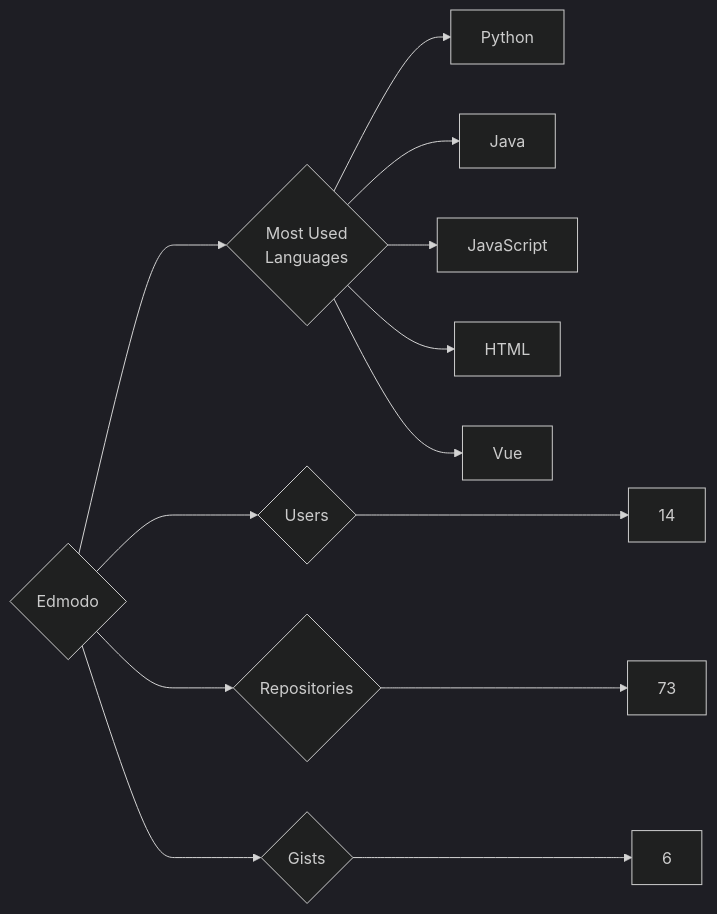
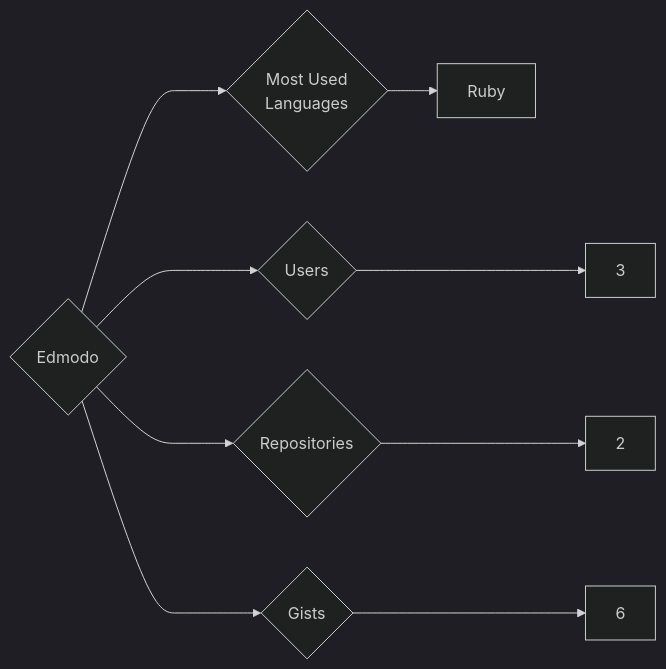
One commit to trickest/insiders changed the diagram in targets/Edmodo/README.md. Above: the diagram before and after it, drawn with Mermaid (dark theme). The commit also changed 953 other files, not shown here.

````diff
--- a/targets/Edmodo/README.md
+++ b/targets/Edmodo/README.md
@@ -3,13 +3,9 @@
 ```mermaid
 graph LR
 COMPANY_NAME{Edmodo}
-COMPANY_NAME ---> U{Users} ---> UN[14]
-COMPANY_NAME ---> R{Repositories} ---> RN[73]
+COMPANY_NAME ---> U{Users} ---> UN[3]
+COMPANY_NAME ---> R{Repositories} ---> RN[2]
 COMPANY_NAME ---> G{Gists} ---> GN[6]
 COMPANY_NAME ---> ML{Most Used<br>Languages}
-ML --> Python[Python]
-ML --> Java[Java]
-ML --> JavaScript[JavaScript]
-ML --> HTML[HTML]
-ML --> Vue[Vue]
+ML --> Ruby[Ruby]
 ```
````
